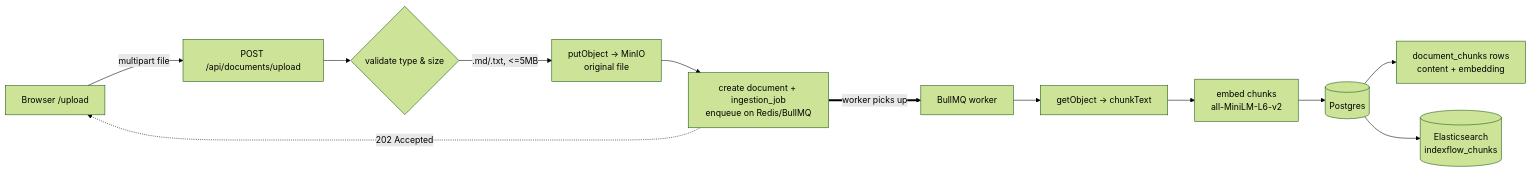
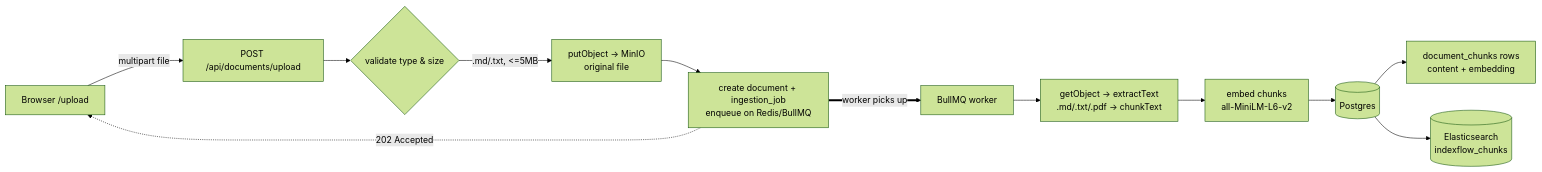
One commit to JCHETAN26/IndexFlow changed the first of 2 diagrams in README.md. Above: the diagram before and after it, drawn with Mermaid (forest theme). The commit also changed other lines of this file and 16 other files, not shown here.

````diff
--- a/README.md
+++ b/README.md
@@ -95,14 +100,14 @@
 ```mermaid
 flowchart LR
     A[Browser /upload] -->|multipart file| B[POST /api/documents/upload]
     B --> C{validate type & size}
     C -->|.md/.txt, <=5MB| M[putObject → MinIO<br/>original file]
     M --> J[create document + ingestion_job<br/>enqueue on Redis/BullMQ]
     J -.->|202 Accepted| A
     J ==>|worker picks up| W[BullMQ worker]
-    W --> D[getObject → chunkText]
+    W --> D[getObject → extractText<br/>.md/.txt/.pdf → chunkText]
     D --> E[embed chunks<br/>all-MiniLM-L6-v2]
     E --> F[(Postgres)]
     F --> H[document_chunks rows<br/>content + embedding]
     F --> ES[(Elasticsearch<br/>indexflow_chunks)]
 ```
````
